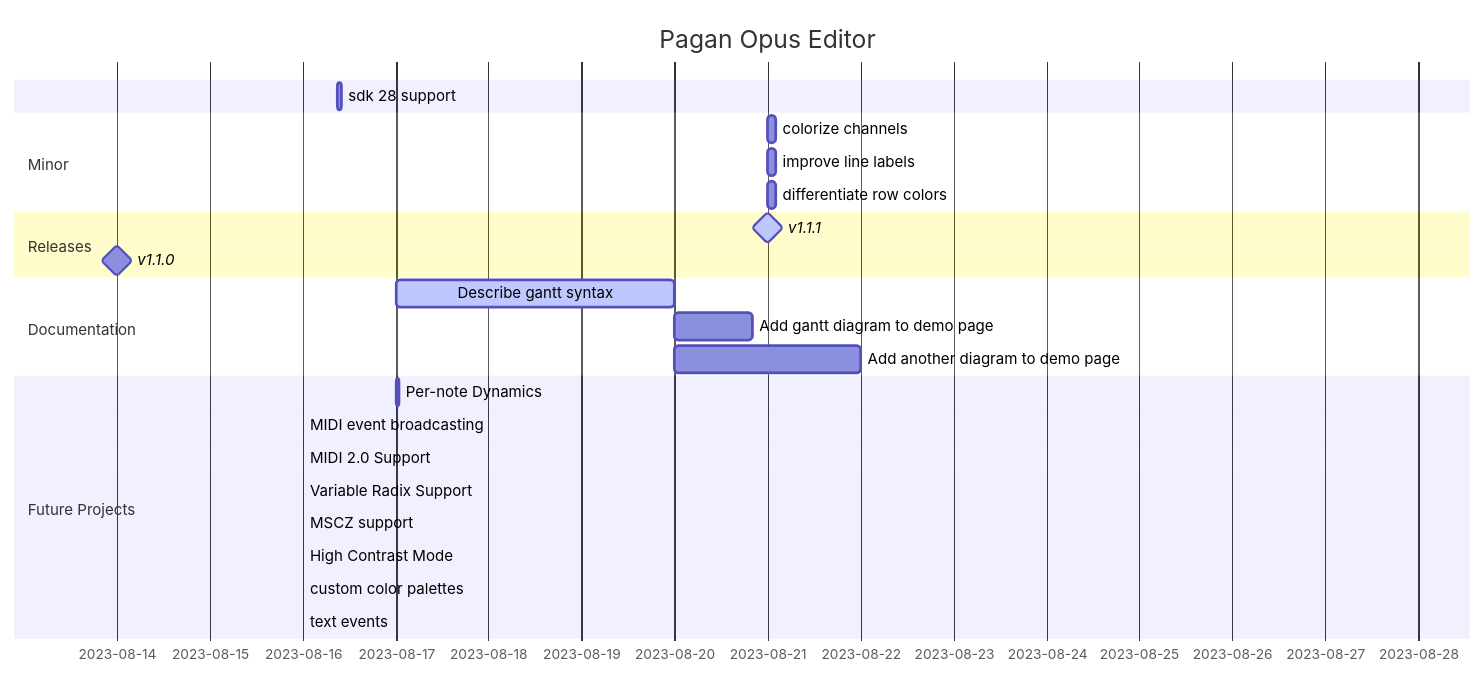
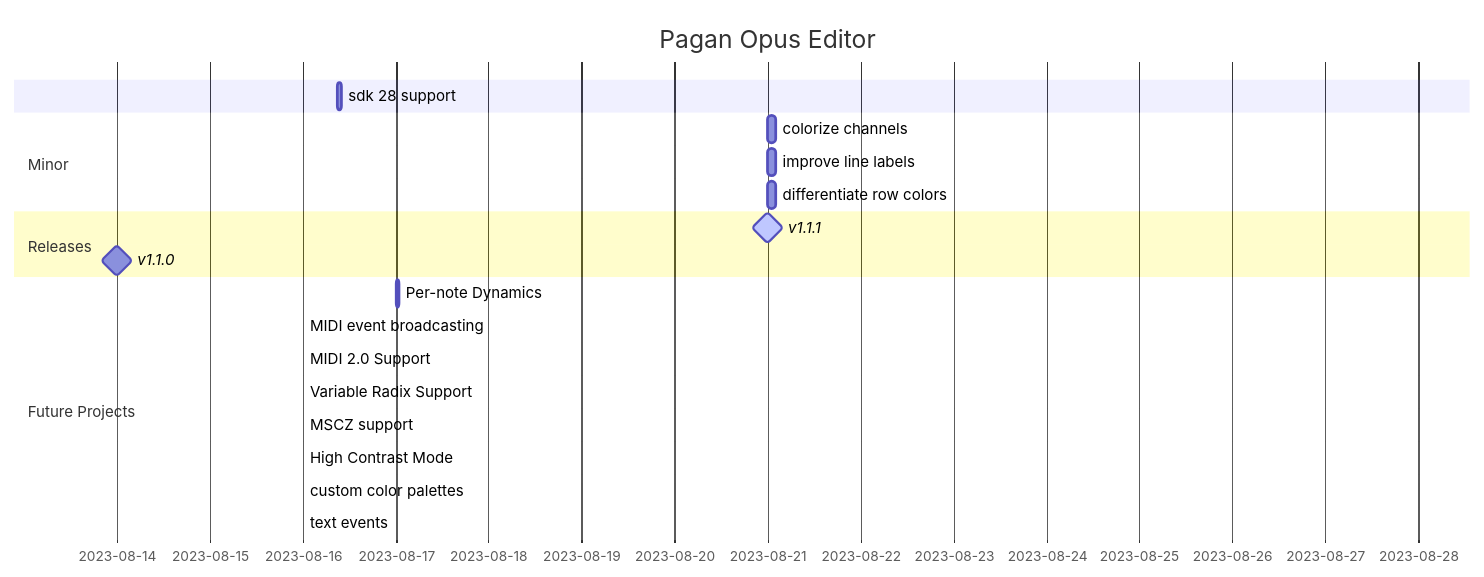
The diagram in project_activity.mmd (quintinfsmith/pagan), drawn with Mermaid before and after one commit. The commit also changed 13 other files, not shown here.

```diff
--- a/project_activity.mmd
+++ b/project_activity.mmd
@@ -1,40 +1,36 @@
 gantt
     dateFormat  YYYY-MM-DD
     title       Pagan Opus Editor
     %%excludes    weekends
 
     %%section Critical tasks
     %%Completed task in the critical line :crit, done, 2023-08-06,24h
     %%Implement parser and jison          :crit, done, after des1, 2d
     %%Create tests for parser             :crit, active, 3d
     %%Future task in critical line        :crit, 5d
     %%Create tests for renderer           :2d
     %%Add to mermaid                      :1d
     %%Functionality added                 :milestone, 2023-08-25, 0d
 
     sdk 28 support                      :2023-08-16 9:00, 1h
 
     section Minor
     colorize channels                   :2023-08-21, 2h
     improve line labels                 :2023-08-21, 2h
     differentiate row colors            :2023-08-21, 2h
 
     section Releases
     v1.1.1                              :active, milestone, 2023-08-14, 2w
     v1.1.0                              :milestone, 2023-08-14, 0d
 
-    section Documentation
-    Describe gantt syntax               :active, a1, after des1, 3d
-    Add gantt diagram to demo page      :after a1  , 20h
-    Add another diagram to demo page    :doc1, after a1, 48h
 
 
     section Future Projects
     Per-note Dynamics                   :fp_dyn, 2023-08-17, 1h
     MIDI event broadcasting             :fp_midiev, 2023-08-16, 0h
     MIDI 2.0 Support                    :fp_midi2, 2023-08-16, 0h
     Variable Radix Support              :fp_vrs, after fp_midi2, 0h
     MSCZ support                        :fp_mscz, 2023-08-16, 0h
     High Contrast Mode                  :fp_hcm, 2023-08-16, 0h
     custom color palettes               :fp_col, 2023-08-16, 0h
     text events:                        :fp_texte, 2023-08-16, 0h
```
